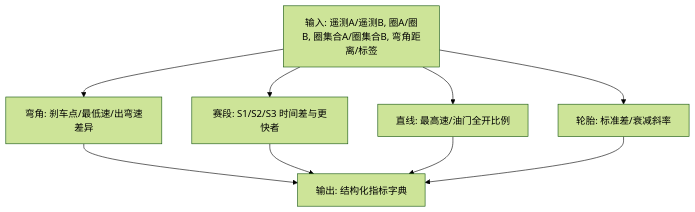
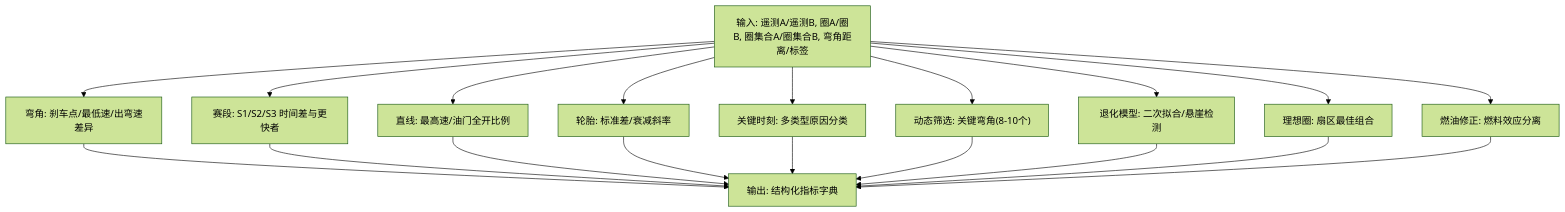
One commit to jianai0330/Fast-F1 changed the fourth of 10 diagrams in .qoder/repowiki/zh/content/数据分析功能/AI 分析报告.md. Above: the diagram before and after it, drawn with Mermaid (forest theme). The commit also changed other lines of this file and 22 other files, not shown here.

````diff
--- a/.qoder/repowiki/zh/content/数据分析功能/AI 分析报告.md
+++ b/.qoder/repowiki/zh/content/数据分析功能/AI 分析报告.md
@@ -195,11 +245,21 @@
 ```mermaid
 flowchart TD
 A["输入: 遥测A/遥测B, 圈A/圈B, 圈集合A/圈集合B, 弯角距离/标签"] --> B["弯角: 刹车点/最低速/出弯速差异"]
 A --> C["赛段: S1/S2/S3 时间差与更快者"]
 A --> D["直线: 最高速/油门全开比例"]
 A --> E["轮胎: 标准差/衰减斜率"]
-B --> F["输出: 结构化指标字典"]
-C --> F
-D --> F
-E --> F
+A --> F["关键时刻: 多类型原因分类"]
+A --> G["动态筛选: 关键弯角(8-10个)"]
+A --> H["退化模型: 二次拟合/悬崖检测"]
+A --> I["理想圈: 扇区最佳组合"]
+A --> J["燃油修正: 燃料效应分离"]
+B --> K["输出: 结构化指标字典"]
+C --> K
+D --> K
+E --> K
+F --> K
+G --> K
+H --> K
+I --> K
+J --> K
 ```
````
